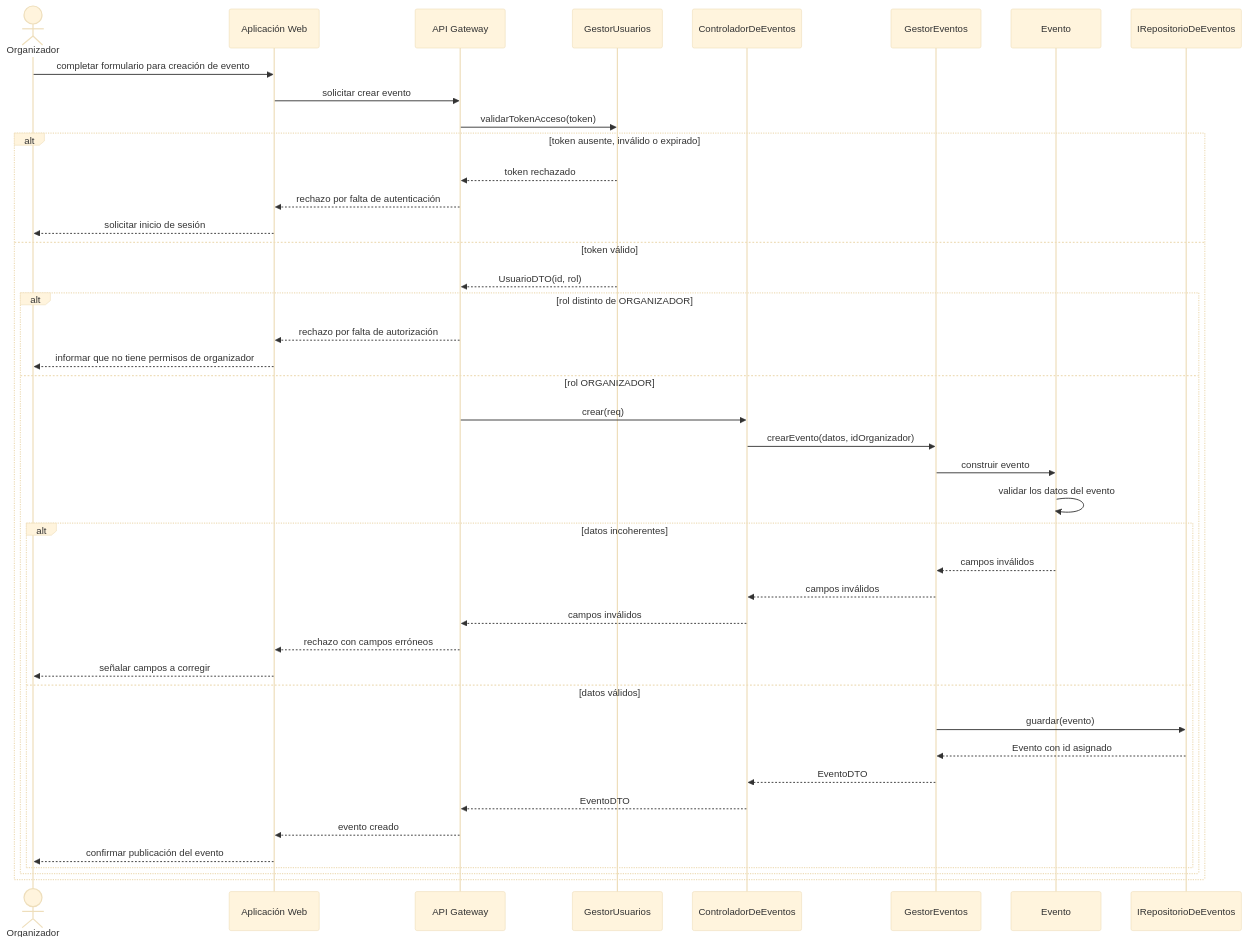
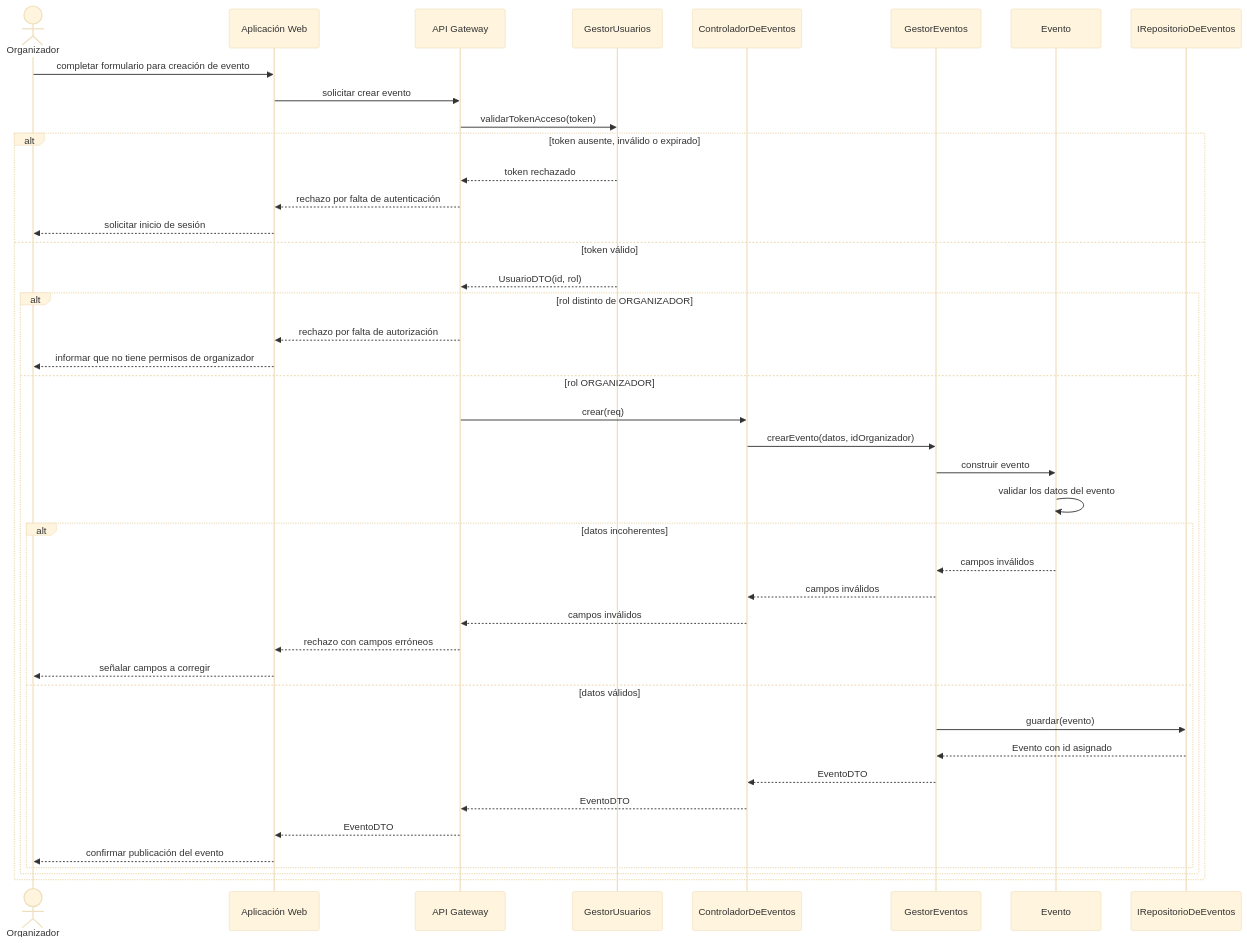
The second of 3 diagrams in Docs/Design/02_Interaction_and_Data_Design - Version 1.md (ProyectPlanning/Sistema_de_eventos), drawn with Mermaid (base theme) before and after one commit.

Commit message:
Update event creation message to use EventoDTO

````diff
--- a/Docs/Design/02_Interaction_and_Data_Design - Version 1.md
+++ b/Docs/Design/02_Interaction_and_Data_Design - Version 1.md
@@ -103,46 +103,46 @@
 ```mermaid
 sequenceDiagram
     actor O as Organizador
     participant WEB as Aplicación Web
     participant GW as API Gateway
     participant GU as GestorUsuarios
     participant CE as ControladorDeEventos
     participant GE as GestorEventos
     participant EV as Evento
     participant REP as IRepositorioDeEventos
 
     O->>WEB: completar formulario para creación de evento
     WEB->>GW: solicitar crear evento
     GW->>GU: validarTokenAcceso(token)
 
     alt token ausente, inválido o expirado
         GU-->>GW: token rechazado
         GW-->>WEB: rechazo por falta de autenticación
         WEB-->>O: solicitar inicio de sesión
     else token válido
         GU-->>GW: UsuarioDTO(id, rol)
         alt rol distinto de ORGANIZADOR
             GW-->>WEB: rechazo por falta de autorización
             WEB-->>O: informar que no tiene permisos de organizador
         else rol ORGANIZADOR
             GW->>CE: crear(req)
             CE->>GE: crearEvento(datos, idOrganizador)
             GE->>EV: construir evento
             EV->>EV: validar los datos del evento
             alt datos incoherentes
                 EV-->>GE: campos inválidos
                 GE-->>CE: campos inválidos
                 CE-->>GW: campos inválidos
                 GW-->>WEB: rechazo con campos erróneos
                 WEB-->>O: señalar campos a corregir
             else datos válidos
                 GE->>REP: guardar(evento)
                 REP-->>GE: Evento con id asignado
                 GE-->>CE: EventoDTO
                 CE-->>GW: EventoDTO
-                GW-->>WEB: evento creado
+                GW-->>WEB: EventoDTO
                 WEB-->>O: confirmar publicación del evento
             end
         end
     end
 ```
````
